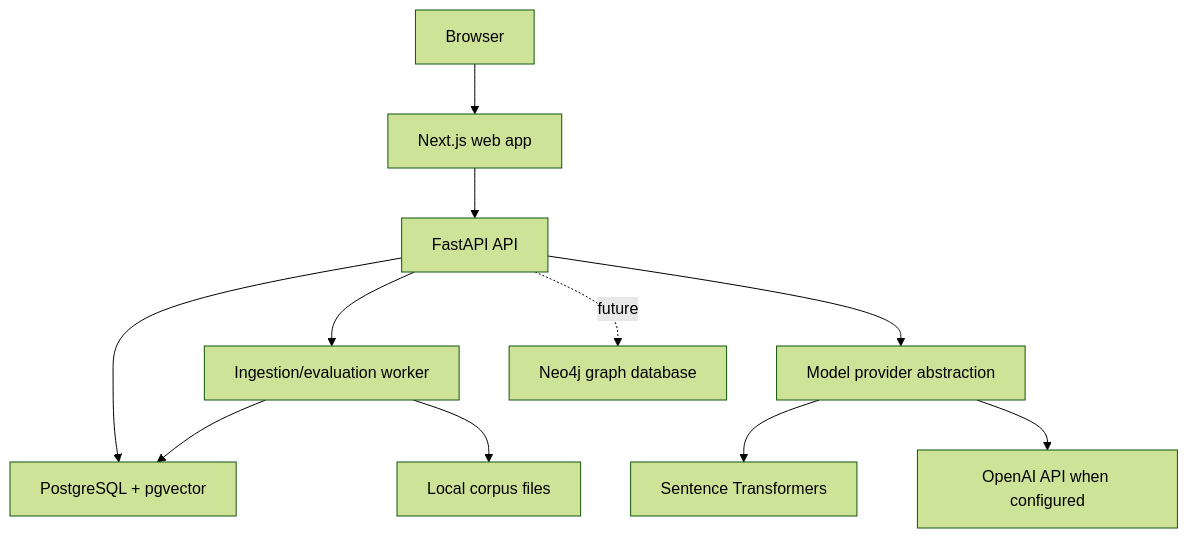
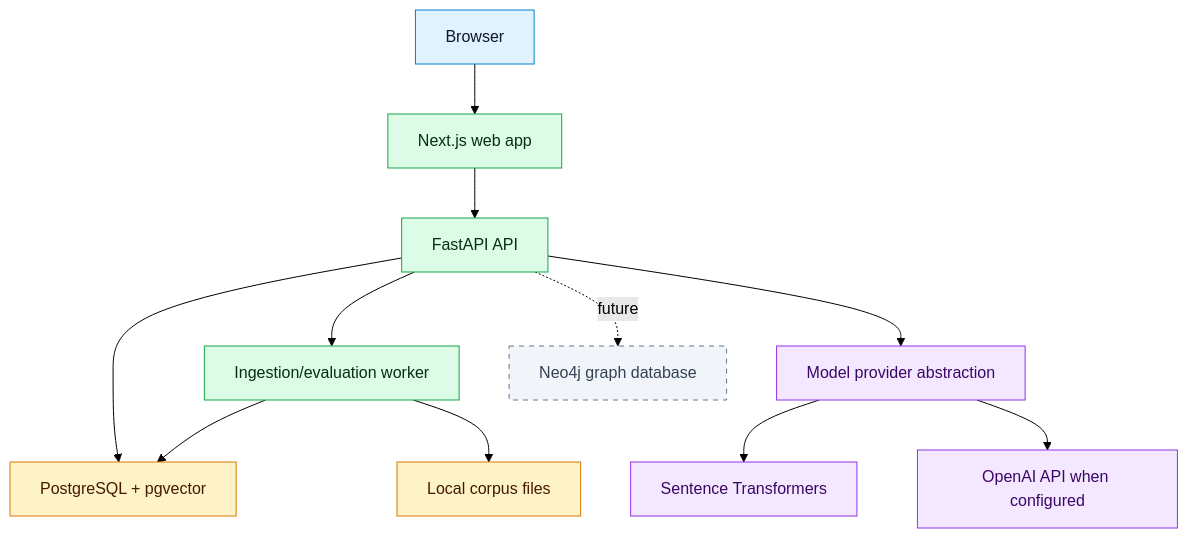
Before and after one commit to bluefate/spacebio-evidence-engine: the diagram in docs/architecture/CONTAINER_ARCHITECTURE.md, drawn with Mermaid (forest theme). The commit also changed 24 other files, not shown here.

````diff
--- a/docs/architecture/CONTAINER_ARCHITECTURE.md
+++ b/docs/architecture/CONTAINER_ARCHITECTURE.md
@@ -13,13 +13,25 @@
 ```mermaid
 flowchart TD
   Browser["Browser"] --> Web["Next.js web app"]
   Web --> API["FastAPI API"]
   API --> DB["PostgreSQL + pgvector"]
   API --> Worker["Ingestion/evaluation worker"]
   Worker --> DB
   Worker --> Files["Local corpus files"]
   API --> Provider["Model provider abstraction"]
   Provider --> LocalEmb["Sentence Transformers"]
   Provider --> OpenAI["OpenAI API when configured"]
   API -. "future" .-> Neo4j["Neo4j graph database"]
+
+  classDef client fill:#E0F2FE,stroke:#0284C7,color:#0F172A
+  classDef service fill:#DCFCE7,stroke:#16A34A,color:#052E16
+  classDef data fill:#FEF3C7,stroke:#D97706,color:#451A03
+  classDef provider fill:#F3E8FF,stroke:#9333EA,color:#3B0764
+  classDef future fill:#F1F5F9,stroke:#64748B,stroke-dasharray: 5 5,color:#334155
+
+  class Browser client
+  class Web,API,Worker service
+  class DB,Files data
+  class Provider,LocalEmb,OpenAI provider
+  class Neo4j future
 ```
````
